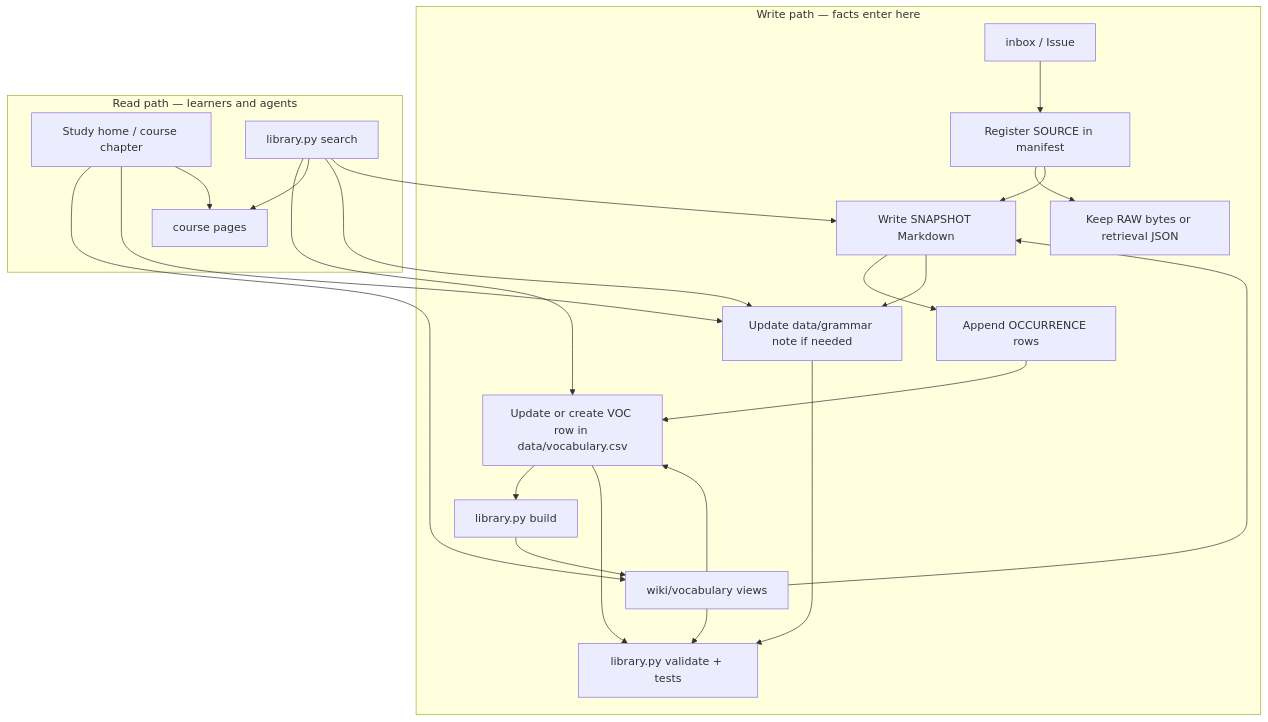
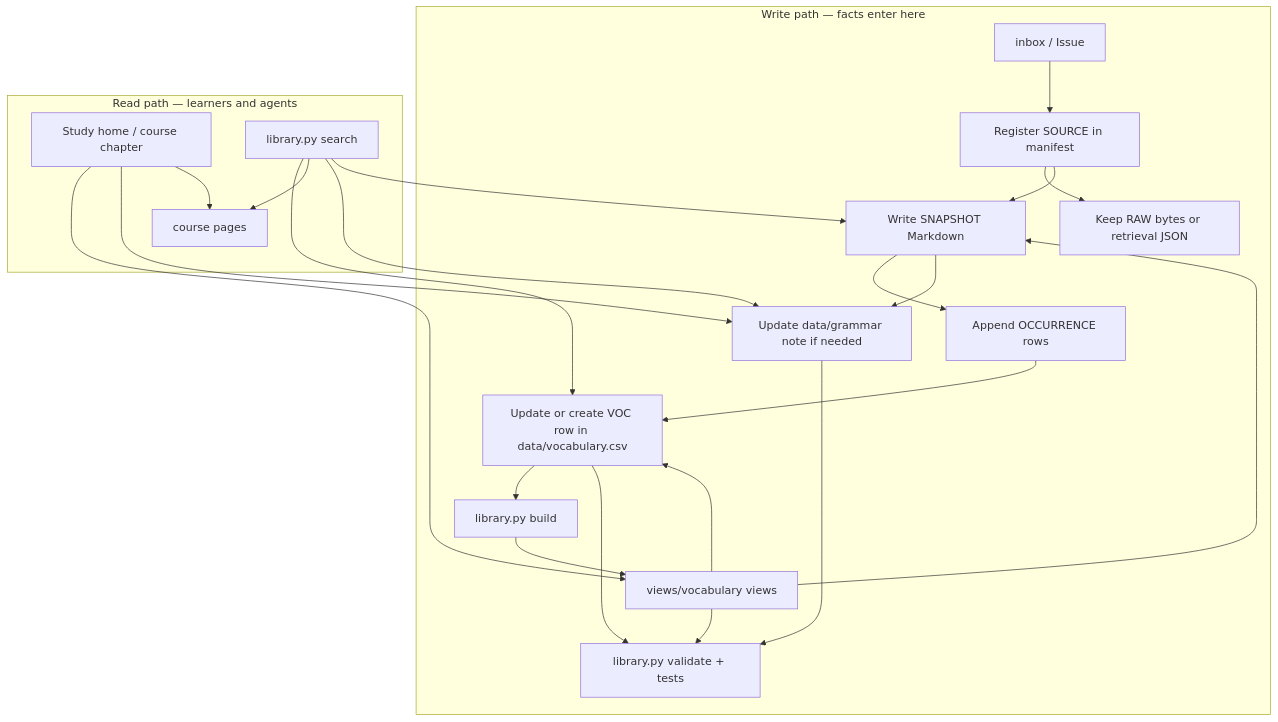
The fourth of 8 diagrams in docs/OVERVIEW.md (brickwalllegend2000/dutch-study), drawn with Mermaid before and after one commit. The commit also changed other lines of this file and 571 other files, not shown here.

First line of the commit message:
refactor(views): move generated vocabulary reading views into views/

````diff
--- a/docs/OVERVIEW.md
+++ b/docs/OVERVIEW.md
@@ -125,27 +125,27 @@
 ```mermaid
 flowchart TB
   subgraph write["Write path — facts enter here"]
     IN["inbox / Issue"] --> SRC["Register SOURCE in manifest"]
     SRC --> RAW["Keep RAW bytes or retrieval JSON"]
     SRC --> SNAP["Write SNAPSHOT Markdown"]
     SNAP --> OCC["Append OCCURRENCE rows"]
     OCC --> CSV["Update or create VOC row in data/vocabulary.csv"]
     SNAP --> GRAM["Update data/grammar note if needed"]
     CSV --> BUILD["library.py build"]
-    BUILD --> GEN["wiki/vocabulary views"]
+    BUILD --> GEN["views/vocabulary views"]
     CSV --> VAL["library.py validate + tests"]
     GRAM --> VAL
     GEN --> VAL
   end
   subgraph read["Read path — learners and agents"]
     HOME["Study home / course chapter"] --> GEN
     HOME --> GRAM
     HOME --> COURSE["course pages"]
     GEN --> CSV
     GEN --> SNAP
     SEARCH["library.py search"] --> CSV
     SEARCH --> COURSE
     SEARCH --> GRAM
     SEARCH --> SNAP
   end
 ```
````
